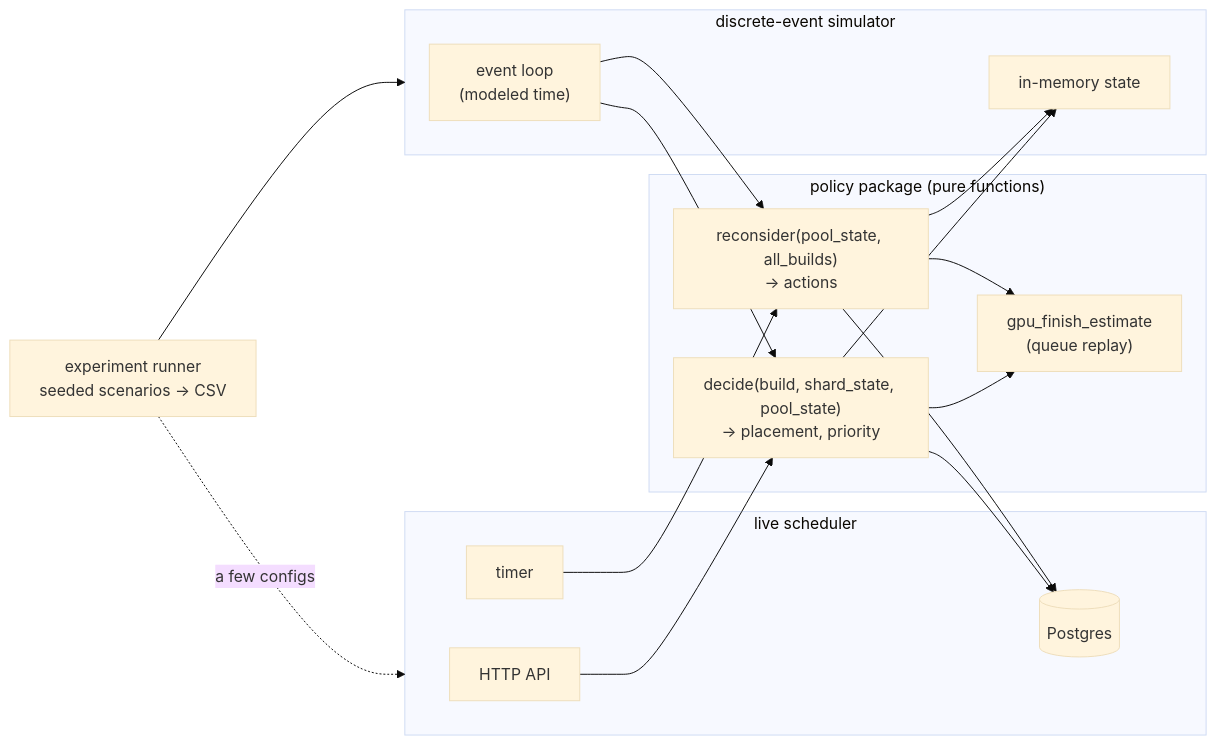
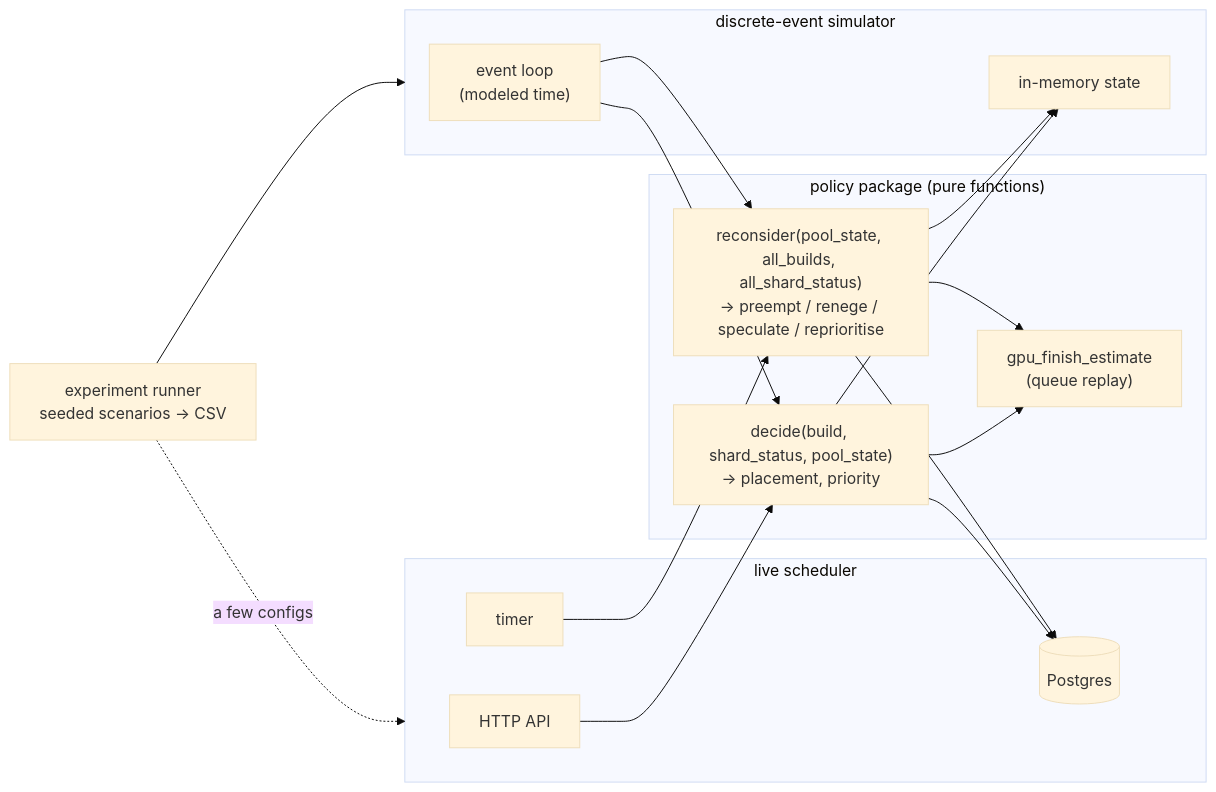
One commit to arqbca11/KubernetesGPU changed the first of 5 diagrams in docs/design/phase3-policies.md. Above: the diagram before and after it, drawn with Mermaid (base theme). The commit also changed other lines of this file and 13 other files, not shown here.

````diff
--- a/docs/design/phase3-policies.md
+++ b/docs/design/phase3-policies.md
@@ -13,25 +15,25 @@
 ```mermaid
 flowchart LR
     subgraph policy["policy package (pure functions)"]
-        D["decide(build, shard_state, pool_state)<br/>→ placement, priority"]
-        RC["reconsider(pool_state, all_builds)<br/>→ actions"]
+        D["decide(build, shard_status, pool_state)<br/>→ placement, priority"]
+        RC["reconsider(pool_state, all_builds, all_shard_status)<br/>→ preempt / renege / speculate / reprioritise"]
         EST["gpu_finish_estimate<br/>(queue replay)"]
         D --> EST
         RC --> EST
     end
 
     subgraph live["live scheduler"]
         API["HTTP API"] --> D
         T["timer"] --> RC
         D & RC --> PG[("Postgres")]
     end
 
     subgraph sim["discrete-event simulator"]
         EV["event loop<br/>(modeled time)"] --> D
         EV --> RC
         D & RC --> ST["in-memory state"]
     end
 
     RUN["experiment runner<br/>seeded scenarios → CSV"] --> sim
     RUN -. "a few configs" .-> live
 ```
````
